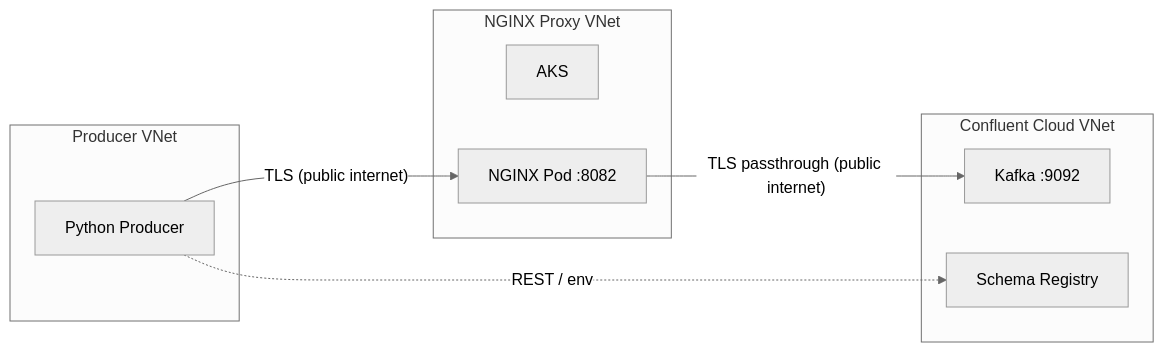
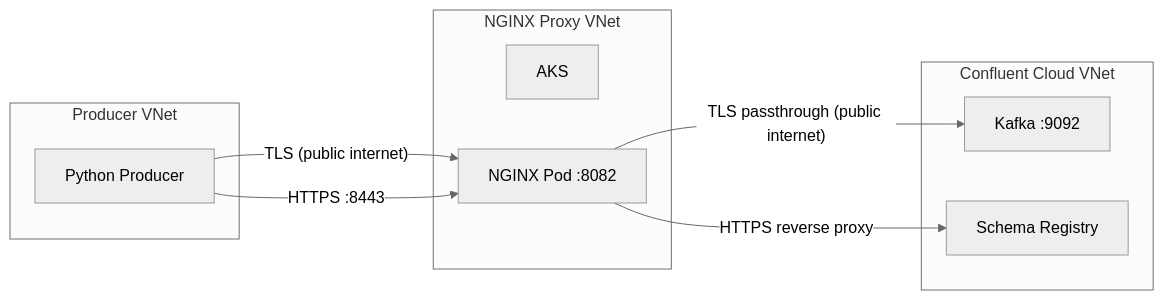
One commit to gogetjax/cursor-nginx-proxy changed the diagram in README.md. Above: the diagram before and after it, drawn with Mermaid (neutral theme). The commit also changed other lines of this file and 11 other files, not shown here.

Commit message:
Enhance Terraform configuration for NGINX: Add HTTPS reverse proxy for Schema Registry on port 8443, implement Terraform-generated TLS certificates, and update documentation. Remove admin Kafka API key requirements by introducing a deployer service account for topic creation.

````diff
--- a/README.md
+++ b/README.md
@@ -14,17 +14,18 @@
 ```mermaid
 flowchart LR
   subgraph producer_vnet [Producer VNet]
     Producer[Python Producer]
   end
   subgraph nginx_vnet [NGINX Proxy VNet]
     AKS[AKS]
     NGINX[NGINX Pod :8082]
   end
   subgraph confluent [Confluent Cloud VNet]
     Kafka[Kafka :9092]
     SR[Schema Registry]
   end
   Producer -->|"TLS (public internet)"| NGINX
   NGINX -->|"TLS passthrough (public internet)"| Kafka
-  Producer -.->|"REST / env"| SR
+  Producer -->|"HTTPS :8443"| NGINX
+  NGINX -->|"HTTPS reverse proxy"| SR
 ```
````
